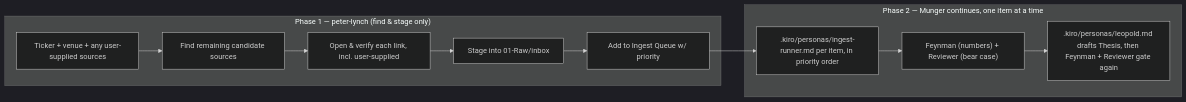
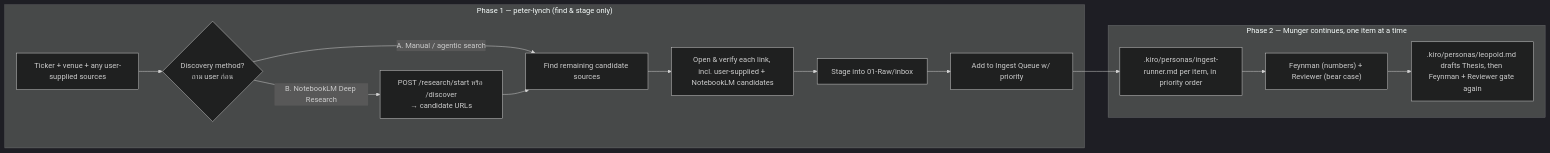
Before and after one commit to Migchw/llm-wiki-starter: the diagram in .kiro/skills/research/SKILL.md, drawn with Mermaid (dark theme). The commit also changed other lines of this file and 6 other files, not shown here.

First line of the commit message:
Add optional NotebookLM Deep Research discovery to research pipeline

````diff
--- a/.kiro/skills/research/SKILL.md
+++ b/.kiro/skills/research/SKILL.md
@@ -10,14 +10,17 @@
 ```mermaid
 flowchart LR
   subgraph Phase1["Phase 1 — peter-lynch (find & stage only)"]
-    T[Ticker + venue + any user-supplied sources] --> F[Find remaining candidate sources]
-    F --> V[Open & verify each link, incl. user-supplied]
+    T[Ticker + venue + any user-supplied sources] --> D{Discovery method?<br/>ถาม user ก่อน}
+    D -->|A. Manual / agentic search| F[Find remaining candidate sources]
+    D -->|B. NotebookLM Deep Research| NB[POST /research/start หรือ /discover<br/>→ candidate URLs]
+    NB --> F
+    F --> V[Open & verify each link, incl. user-supplied + NotebookLM candidates]
     V --> R[Stage into 01-Raw/inbox]
     R --> Q[Add to Ingest Queue w/ priority]
   end
   subgraph Phase2["Phase 2 — Munger continues, one item at a time"]
     Q --> IG[".kiro/personas/ingest-runner.md per item, in priority order"]
     IG --> QG["Feynman (numbers) + Reviewer (bear case)"]
     QG --> TH[".kiro/personas/leopold.md drafts Thesis, then Feynman + Reviewer gate again"]
   end
 ```
````
